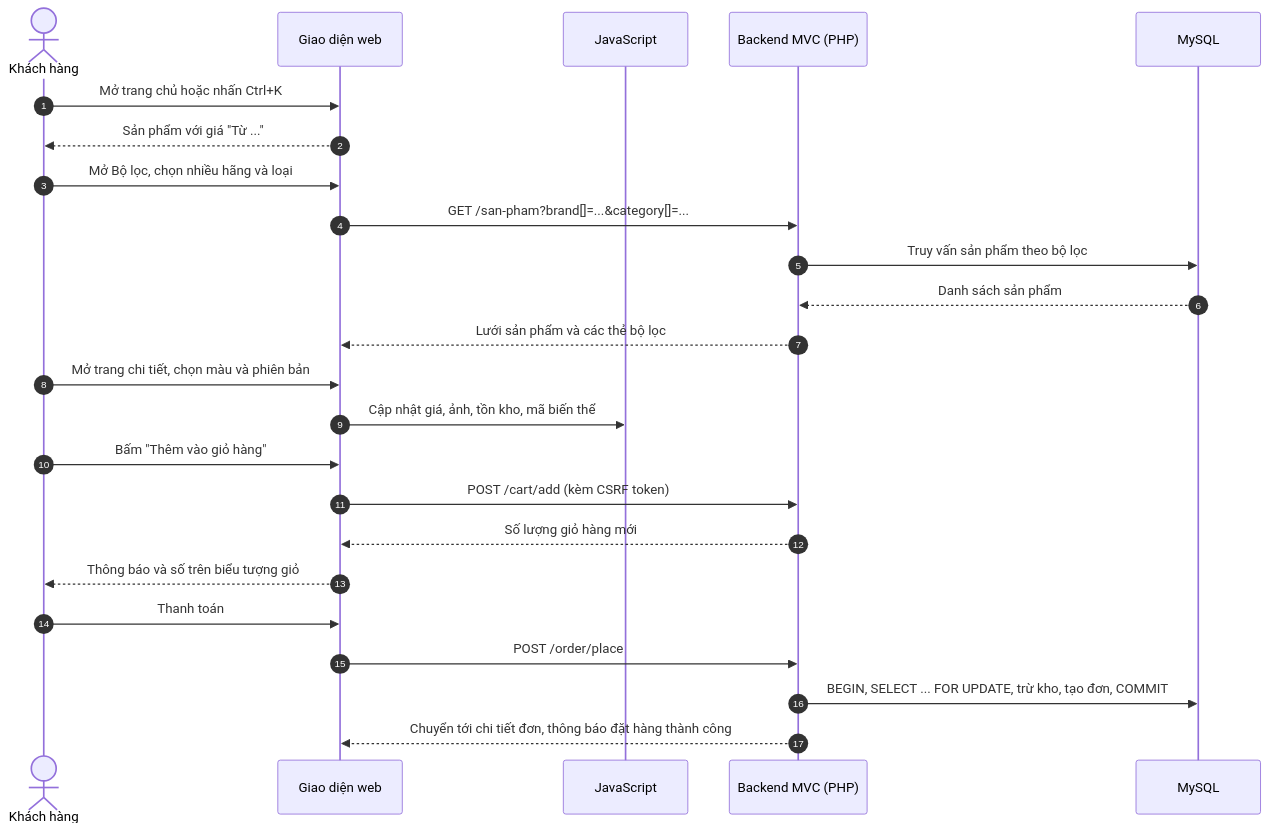
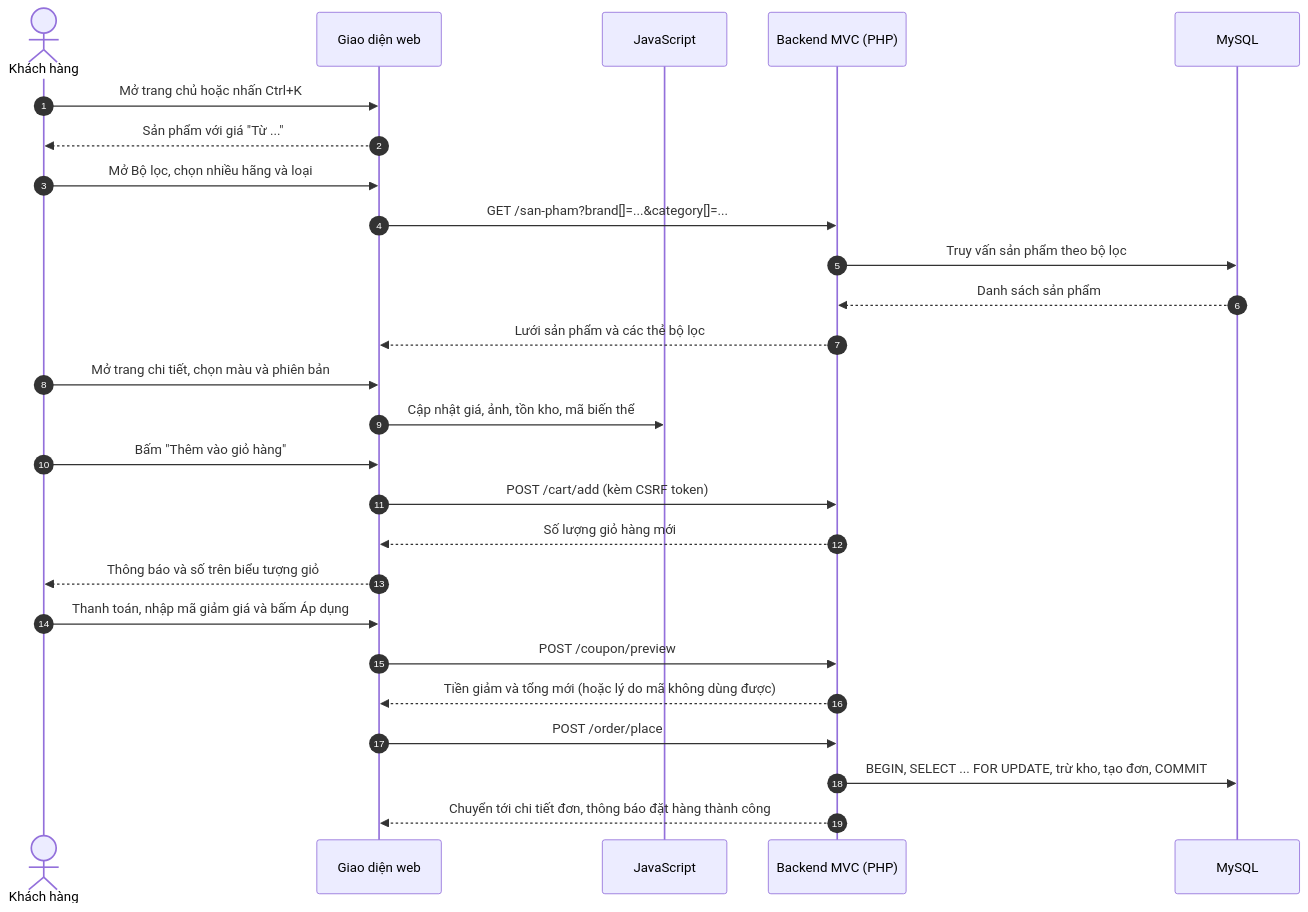
Before and after one commit to huyfls/zentech-du-an-1: the first of 3 diagrams in docs/ZenTech_UIUX_Specification.md, drawn with Mermaid. The commit also changed other lines of this file and 37 other files, not shown here.

````diff
--- a/docs/ZenTech_UIUX_Specification.md
+++ b/docs/ZenTech_UIUX_Specification.md
@@ -107,27 +107,29 @@
 ```mermaid
 sequenceDiagram
     autonumber
     actor User as Khách hàng
     participant UI as Giao diện web
     participant JS as JavaScript
     participant Server as Backend MVC (PHP)
     participant DB as MySQL
 
     User->>UI: Mở trang chủ hoặc nhấn Ctrl+K
     UI-->>User: Sản phẩm với giá "Từ ..."
     User->>UI: Mở Bộ lọc, chọn nhiều hãng và loại
     UI->>Server: GET /san-pham?brand[]=...&category[]=...
     Server->>DB: Truy vấn sản phẩm theo bộ lọc
     DB-->>Server: Danh sách sản phẩm
     Server-->>UI: Lưới sản phẩm và các thẻ bộ lọc
     User->>UI: Mở trang chi tiết, chọn màu và phiên bản
     UI->>JS: Cập nhật giá, ảnh, tồn kho, mã biến thể
     User->>UI: Bấm "Thêm vào giỏ hàng"
     UI->>Server: POST /cart/add (kèm CSRF token)
     Server-->>UI: Số lượng giỏ hàng mới
     UI-->>User: Thông báo và số trên biểu tượng giỏ
-    User->>UI: Thanh toán
+    User->>UI: Thanh toán, nhập mã giảm giá và bấm Áp dụng
+    UI->>Server: POST /coupon/preview
+    Server-->>UI: Tiền giảm và tổng mới (hoặc lý do mã không dùng được)
     UI->>Server: POST /order/place
     Server->>DB: BEGIN, SELECT ... FOR UPDATE, trừ kho, tạo đơn, COMMIT
     Server-->>UI: Chuyển tới chi tiết đơn, thông báo đặt hàng thành công
 ```
````
